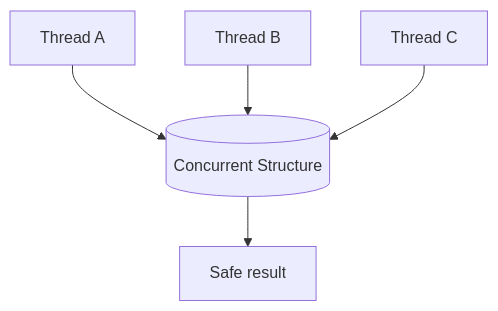
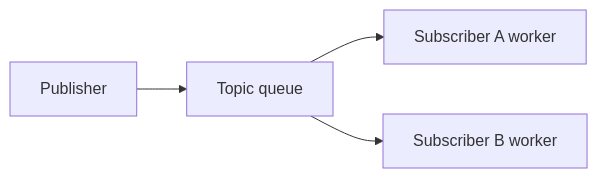
One commit to mthaiseer/springcloud-systemdesign-notes changed diagram 18 of 29 in HLD_NOTES/003_TECHNOLOGY_DEEP_DIVE/core-java/java_concurrency_visual_reference.md. Above: the diagram before and after it, drawn with Mermaid. The commit also changed other lines of this file, not shown here.

````diff
--- a/HLD_NOTES/003_TECHNOLOGY_DEEP_DIVE/core-java/java_concurrency_visual_reference.md
+++ b/HLD_NOTES/003_TECHNOLOGY_DEEP_DIVE/core-java/java_concurrency_visual_reference.md
@@ -1102,7 +1008,6 @@
 ```mermaid
-flowchart TD
-    ThreadA[Thread A] --> Structure[(Concurrent Structure)]
-    ThreadB[Thread B] --> Structure
-    ThreadC[Thread C] --> Structure
-    Structure --> Safe[Safe result]
+flowchart LR
+    Pub[Publisher] --> Topic[Topic queue]
+    Topic --> S1[Subscriber A worker]
+    Topic --> S2[Subscriber B worker]
 ```
````
